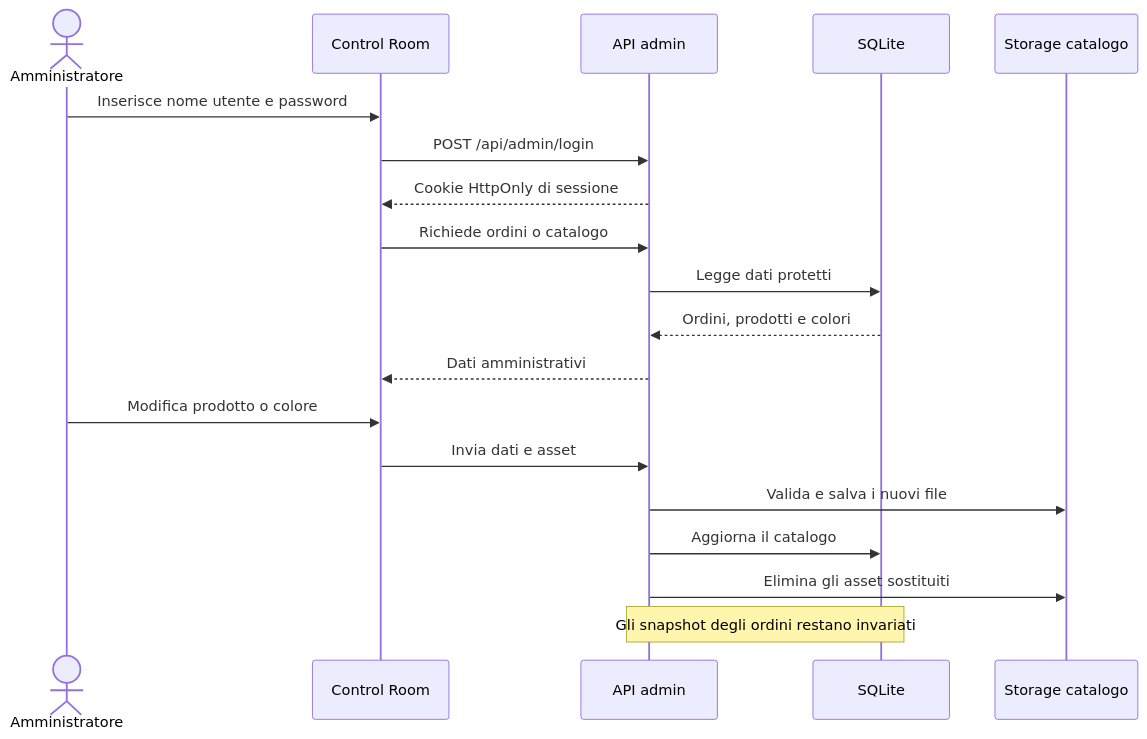
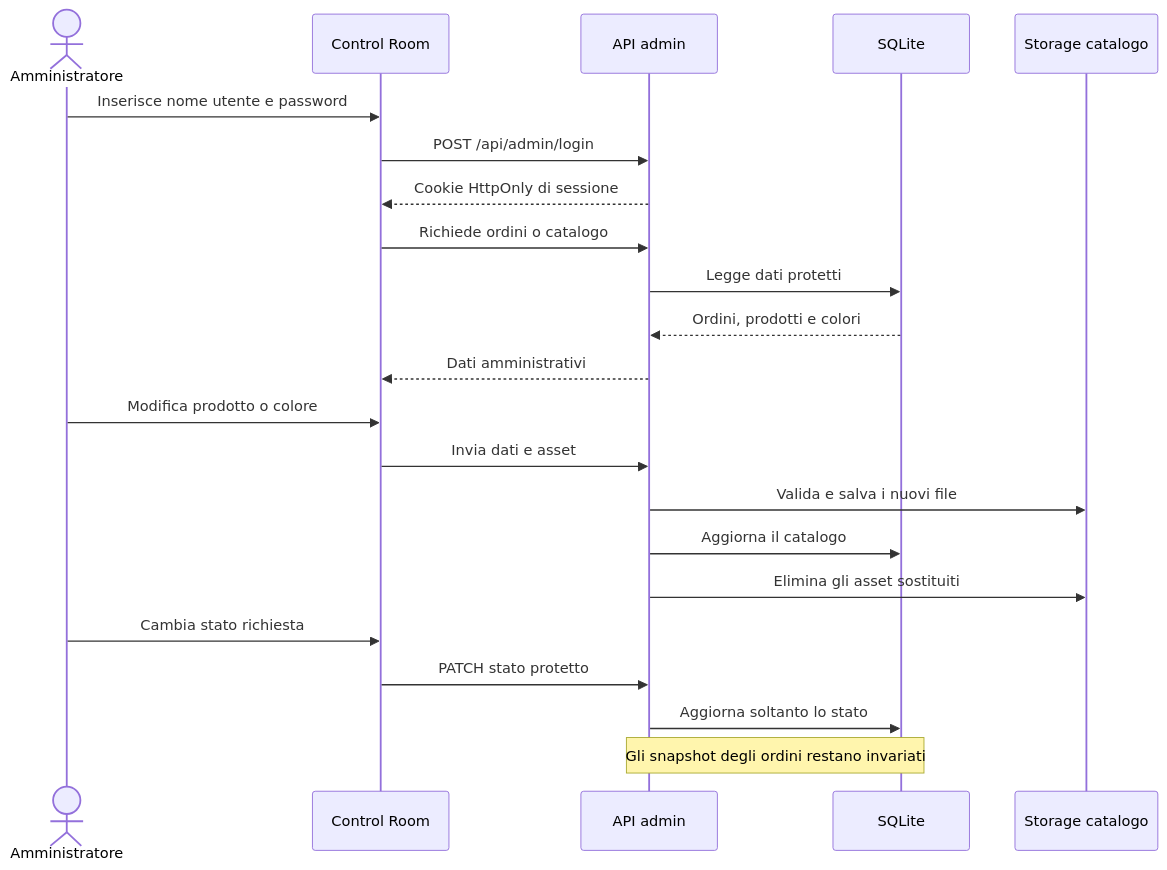
Before and after one commit to Moffoletta/pixel-print-lab: the fourth of 4 diagrams in docs/ARCHITETTURA.md, drawn with Mermaid. The commit also changed other lines of this file and 15 other files, not shown here.

````diff
--- a/docs/ARCHITETTURA.md
+++ b/docs/ARCHITETTURA.md
@@ -142,22 +147,25 @@
 ```mermaid
 sequenceDiagram
   actor A as Amministratore
   participant P as Control Room
   participant E as API admin
   participant D as SQLite
   participant S as Storage catalogo
 
   A->>P: Inserisce nome utente e password
   P->>E: POST /api/admin/login
   E-->>P: Cookie HttpOnly di sessione
   P->>E: Richiede ordini o catalogo
   E->>D: Legge dati protetti
   D-->>E: Ordini, prodotti e colori
   E-->>P: Dati amministrativi
   A->>P: Modifica prodotto o colore
   P->>E: Invia dati e asset
   E->>S: Valida e salva i nuovi file
   E->>D: Aggiorna il catalogo
   E->>S: Elimina gli asset sostituiti
+  A->>P: Cambia stato richiesta
+  P->>E: PATCH stato protetto
+  E->>D: Aggiorna soltanto lo stato
   Note over E,D: Gli snapshot degli ordini restano invariati
 ```
````
